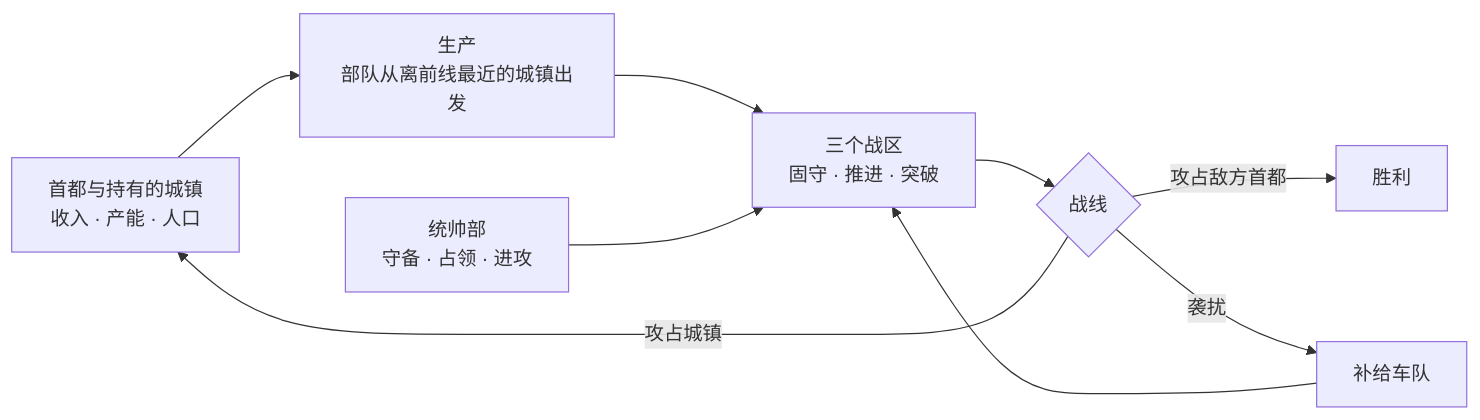
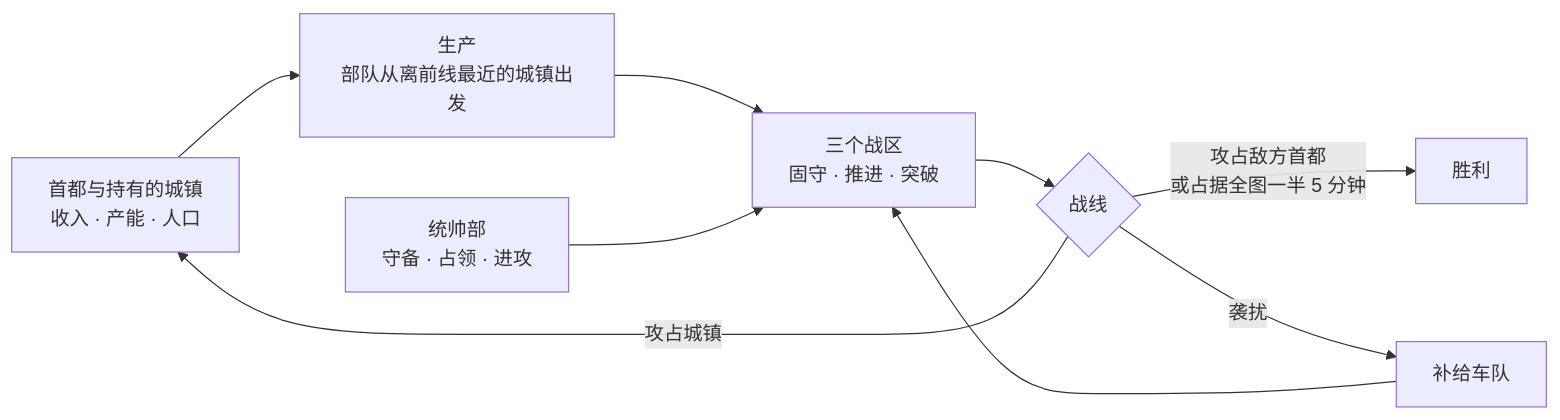
One commit to Zwl20085/LittleWarGame changed the first of 2 diagrams in README.zh-CN.md. Above: the diagram before and after it, drawn with Mermaid. The commit also changed other lines of this file and 61 other files, not shown here.

````diff
--- a/README.zh-CN.md
+++ b/README.zh-CN.md
@@ -122,11 +135,11 @@
 ```mermaid
 flowchart LR
   A[首都与持有的城镇<br/>收入 · 产能 · 人口] --> B[生产<br/>部队从离前线最近的城镇出发]
   B --> C[三个战区<br/>固守 · 推进 · 突破]
   H[统帅部<br/>守备 · 占领 · 进攻] --> C
   C --> D{战线}
   D -- 攻占城镇 --> A
-  D -- 攻占敌方首都 --> V[胜利]
+  D -- 攻占敌方首都<br/>或占据全图一半 5 分钟 --> V[胜利]
   S[补给车队] --> C
   D -- 袭扰 --> S
 ```
````
